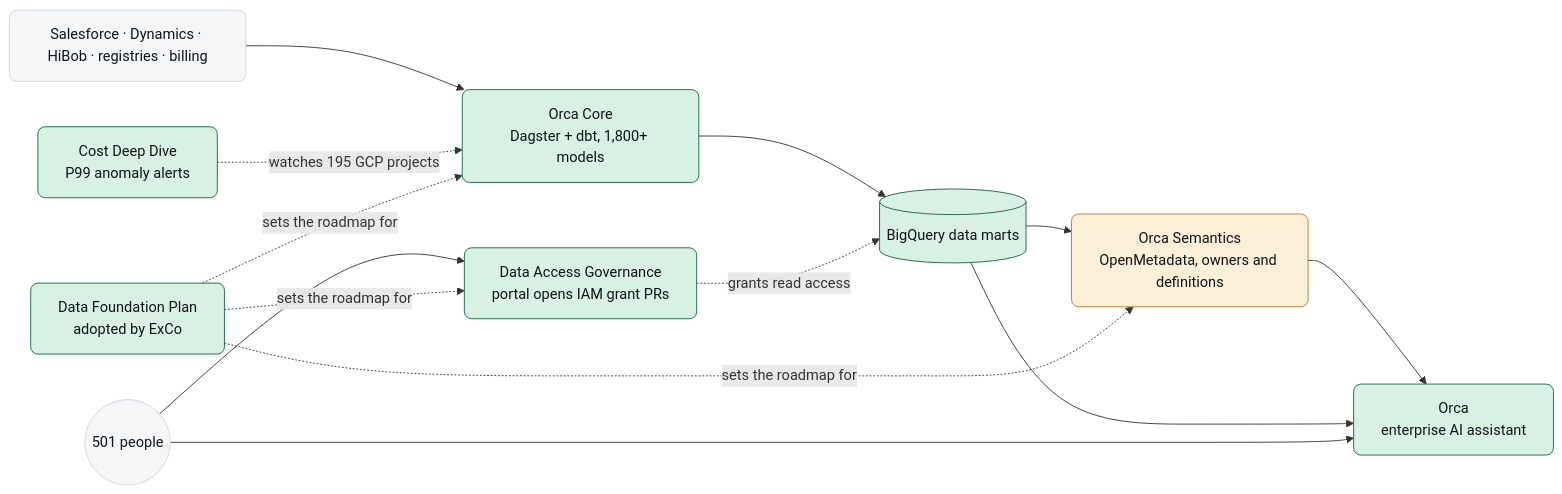
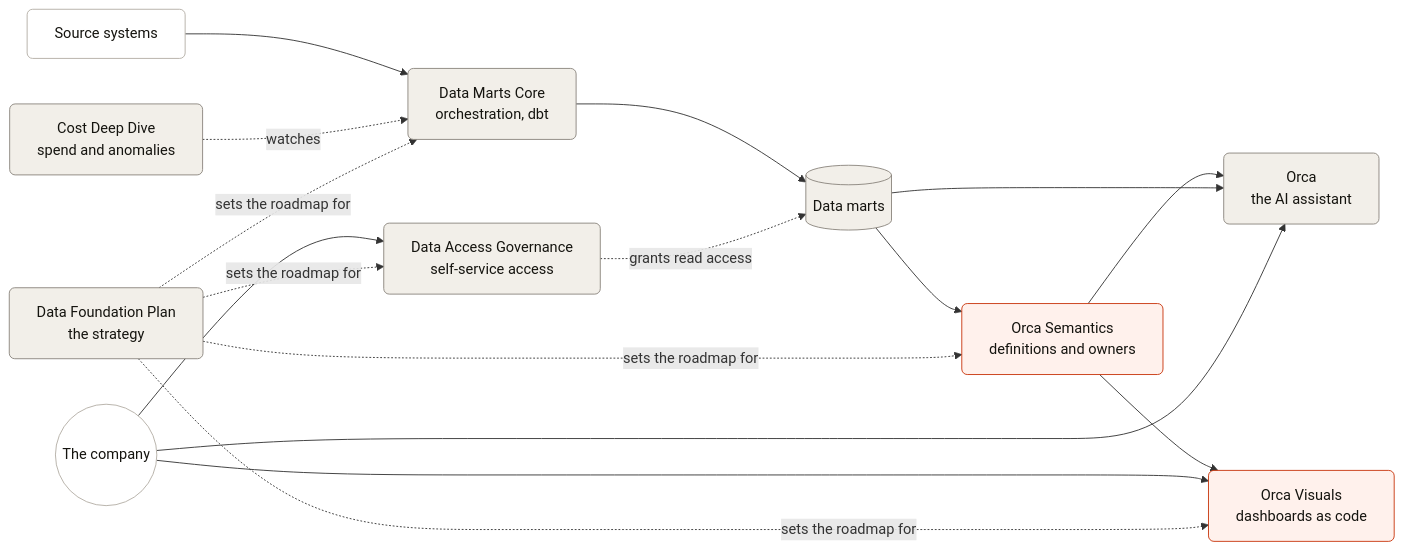
The diagram in README.md (saahil-mehta/saahil-mehta), drawn with Mermaid before and after one commit. The commit also changed other lines of this file and 11 other files, not shown here.

````diff
--- a/README.md
+++ b/README.md
@@ -25,25 +38,28 @@
 ```mermaid
 flowchart LR
-  classDef sys fill:#d8f1e3,stroke:#0b6b40,color:#0f1419,rx:8,ry:8
-  classDef build fill:#fbefd6,stroke:#b7791f,color:#0f1419,rx:8,ry:8
-  classDef people fill:#f4f6f8,stroke:#cfd5db,color:#0f1419,rx:8,ry:8
+  classDef sys fill:#f2efe9,stroke:#8a857d,color:#15140f,rx:6,ry:6
+  classDef build fill:#fff1ec,stroke:#c8350d,color:#15140f,rx:6,ry:6
+  classDef people fill:#ffffff,stroke:#b3aea5,color:#15140f,rx:6,ry:6
 
-  Sources[Salesforce · Dynamics · HiBob · registries · billing]:::people
-  Core[Orca Core<br/>Dagster + dbt, 1,800+ models]:::sys
-  Marts[(BigQuery data marts)]:::sys
-  Sem[Orca Semantics<br/>OpenMetadata, owners and definitions]:::build
-  Orca[Orca<br/>enterprise AI assistant]:::sys
-  Access[Data Access Governance<br/>portal opens IAM grant PRs]:::sys
-  Cost[Cost Deep Dive<br/>P99 anomaly alerts]:::sys
-  Staff((501 people)):::people
-  ExCo[Data Foundation Plan<br/>adopted by ExCo]:::sys
+  Sources[Source systems]:::people
+  Core[Data Marts Core<br/>orchestration, dbt]:::sys
+  Marts[(Data marts)]:::sys
+  Sem[Orca Semantics<br/>definitions and owners]:::build
+  Vis[Orca Visuals<br/>dashboards as code]:::build
+  Orca[Orca<br/>the AI assistant]:::sys
+  Access[Data Access Governance<br/>self-service access]:::sys
+  Cost[Cost Deep Dive<br/>spend and anomalies]:::sys
+  People((The company)):::people
+  Plan[Data Foundation Plan<br/>the strategy]:::sys
 
   Sources --> Core --> Marts
   Marts --> Sem --> Orca
+  Sem --> Vis
   Marts --> Orca
   Access -. grants read access .-> Marts
-  Staff --> Orca
-  Staff --> Access
-  Cost -. watches 195 GCP projects .-> Core
-  ExCo -. sets the roadmap for .-> Sem & Core & Access
+  People --> Orca
+  People --> Vis
+  People --> Access
+  Cost -. watches .-> Core
+  Plan -. sets the roadmap for .-> Sem & Core & Access & Vis
 ```
````
